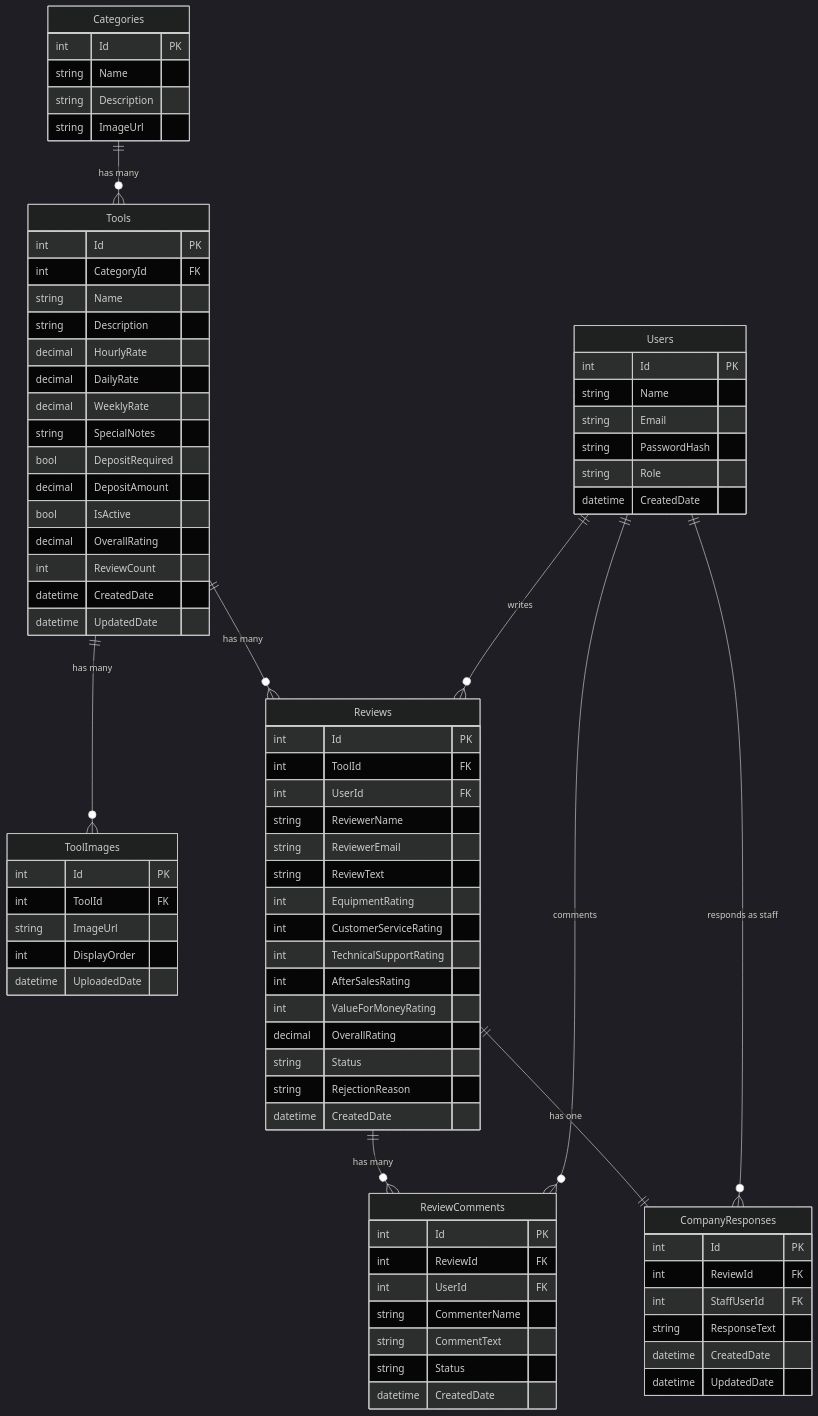
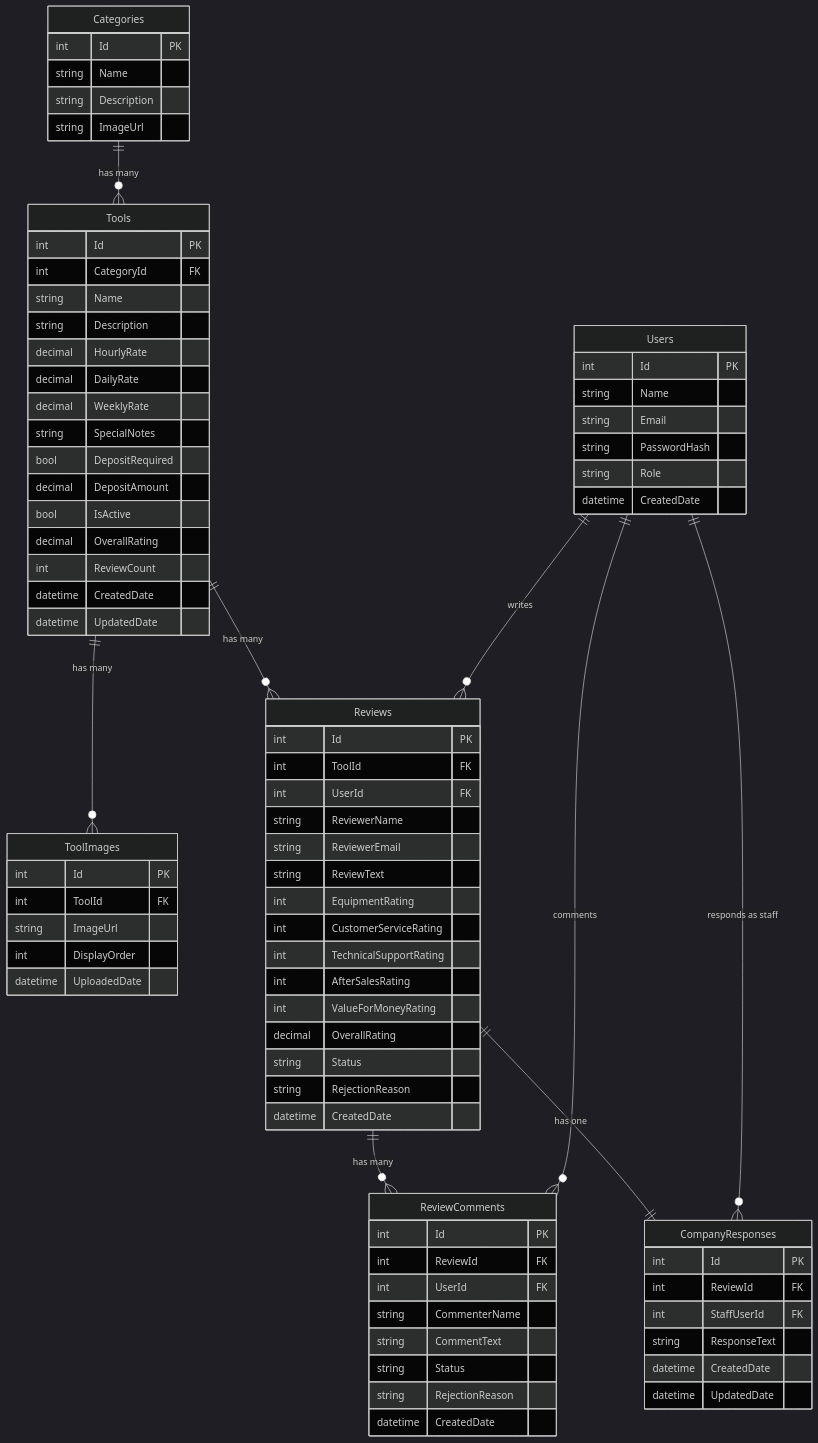
Before and after one commit to SEPP-2026/ReviewPortal-API: the diagram in docs/ERD.md, drawn with Mermaid (dark theme). The commit also changed other lines of this file and 15 other files, not shown here.

```diff
--- a/docs/ERD.md
+++ b/docs/ERD.md
@@ -75,6 +75,7 @@
         string CommenterName
         string CommentText
         string Status
+        string RejectionReason
         datetime CreatedDate
     }
 
```
